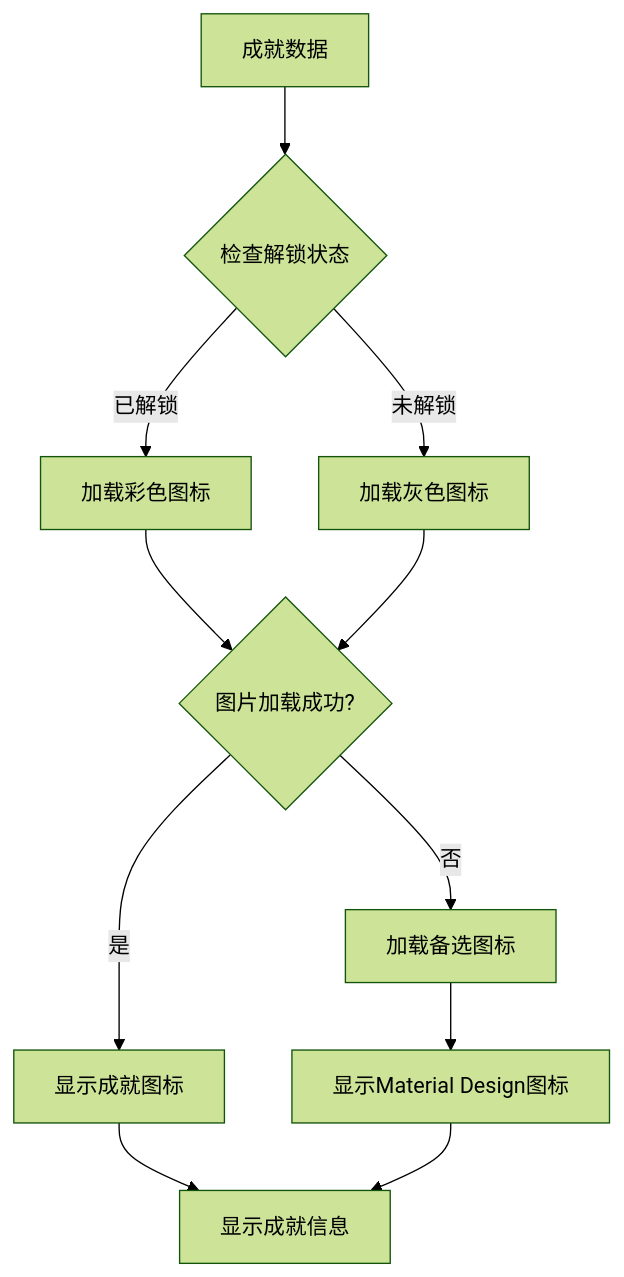
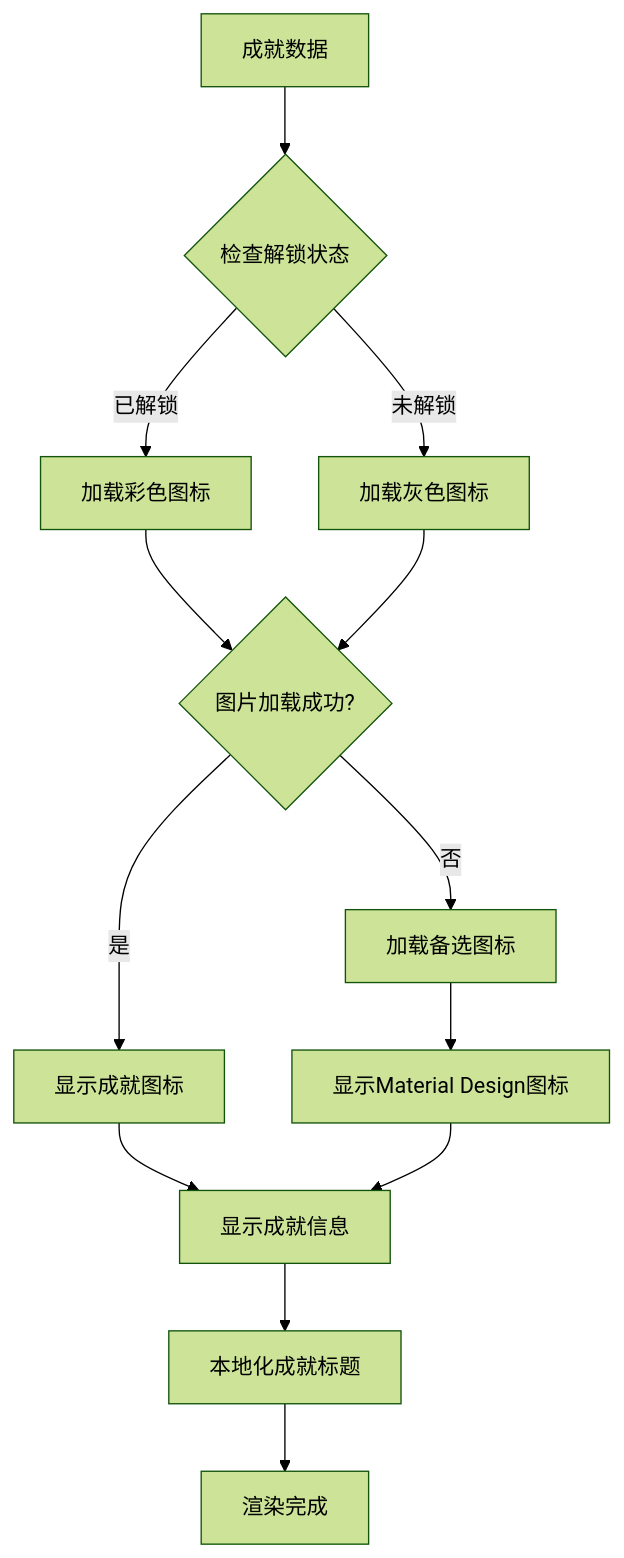
Before and after one commit to TinyMaD/SpeedRunnersLab: diagram 15 of 22 in .qoder/repowiki/zh/content/后端 API 服务/用户管理模块/个人资料系统.md, drawn with Mermaid (forest theme). The commit also changed other lines of this file and 34 other files, not shown here.

````diff
--- a/.qoder/repowiki/zh/content/后端 API 服务/用户管理模块/个人资料系统.md
+++ b/.qoder/repowiki/zh/content/后端 API 服务/用户管理模块/个人资料系统.md
@@ -416,13 +742,15 @@
 ```mermaid
 flowchart TD
 AchievementData[成就数据] --> CheckStatus{检查解锁状态}
 CheckStatus --> |已解锁| LoadColorIcon[加载彩色图标]
 CheckStatus --> |未解锁| LoadGrayIcon[加载灰色图标]
 LoadColorIcon --> ImageLoaded{图片加载成功?}
 LoadGrayIcon --> ImageLoaded
 ImageLoaded --> |是| DisplayImage[显示成就图标]
 ImageLoaded --> |否| LoadFallbackIcon[加载备选图标]
 LoadFallbackIcon --> DisplayFallback[显示Material Design图标]
 DisplayImage --> Tooltip[显示成就信息]
 DisplayFallback --> Tooltip
+Tooltip --> LocalizedText[本地化成就标题]
+LocalizedText --> Complete[渲染完成]
 ```
````
